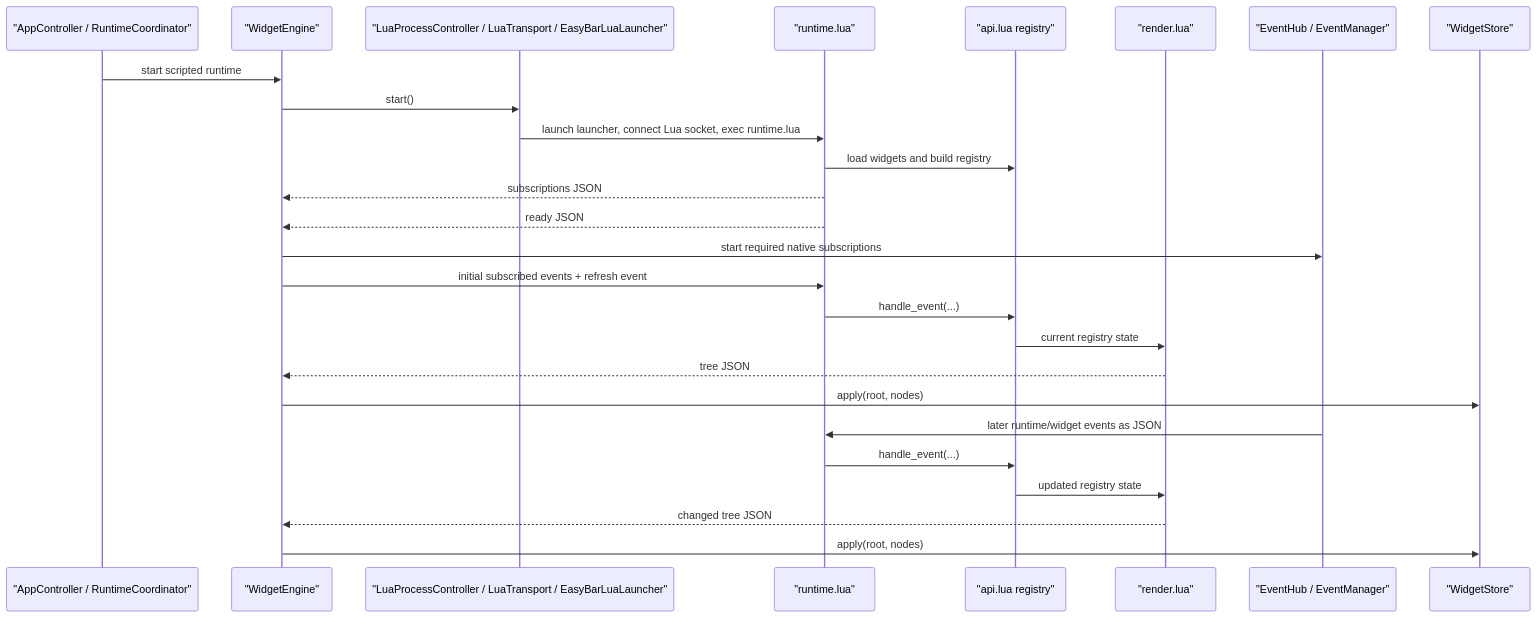
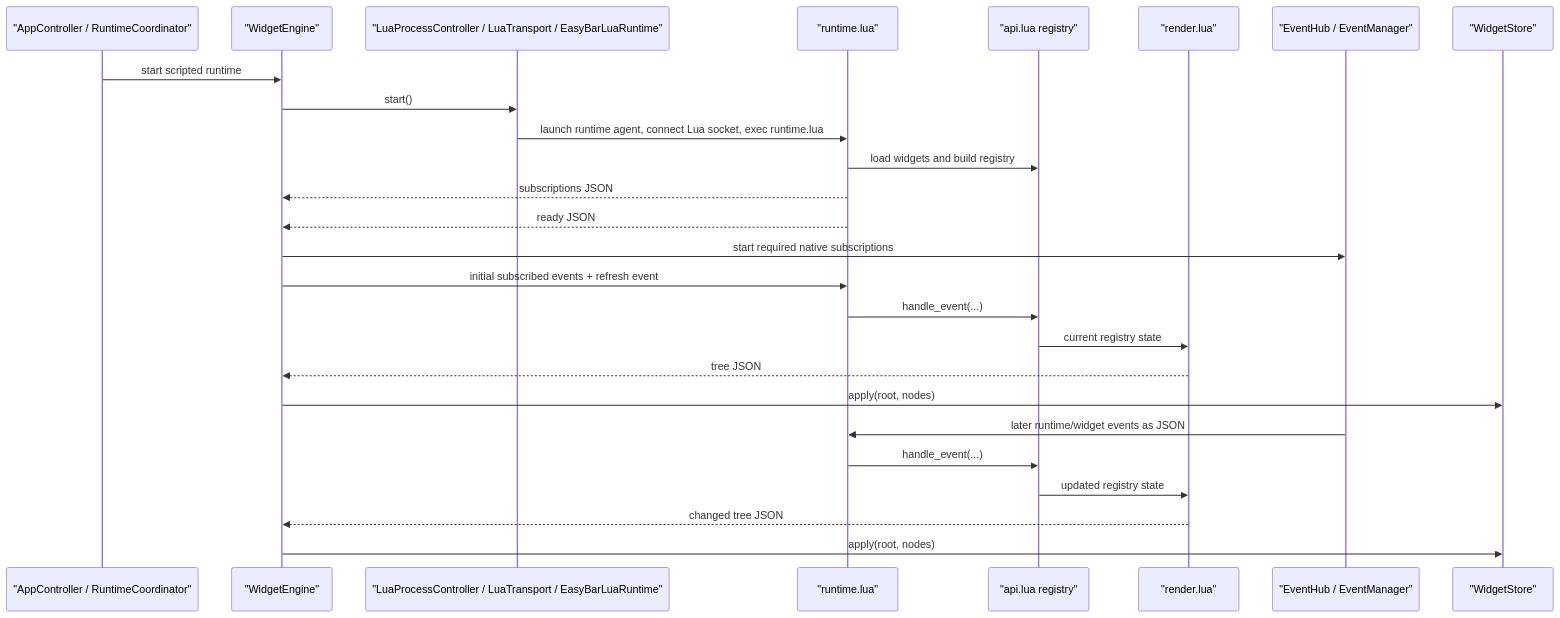
One commit to gi8lino/easybar changed the diagram in docs/LUA_RUNTIME.md. Above: the diagram before and after it, drawn with Mermaid. The commit also changed other lines of this file and 6 other files, not shown here.

Commit message:
refactor(lua): rename launcher to runtime

````diff
--- a/docs/LUA_RUNTIME.md
+++ b/docs/LUA_RUNTIME.md
@@ -35,29 +35,29 @@
 ```mermaid
 sequenceDiagram
     participant App as "AppController / RuntimeCoordinator"
     participant Engine as "WidgetEngine"
-    participant Proc as "LuaProcessController / LuaTransport / EasyBarLuaLauncher"
+    participant Proc as "LuaProcessController / LuaTransport / EasyBarLuaRuntime"
     participant Lua as "runtime.lua"
     participant API as "api.lua registry"
     participant Render as "render.lua"
     participant Events as "EventHub / EventManager"
     participant Store as "WidgetStore"
 
     App->>Engine: start scripted runtime
     Engine->>Proc: start()
-    Proc->>Lua: launch launcher, connect Lua socket, exec runtime.lua
+    Proc->>Lua: launch runtime agent, connect Lua socket, exec runtime.lua
     Lua->>API: load widgets and build registry
     Lua-->>Engine: subscriptions JSON
     Lua-->>Engine: ready JSON
     Engine->>Events: start required native subscriptions
     Engine->>Lua: initial subscribed events + refresh event
     Lua->>API: handle_event(...)
     API->>Render: current registry state
     Render-->>Engine: tree JSON
     Engine->>Store: apply(root, nodes)
     Events->>Lua: later runtime/widget events as JSON
     Lua->>API: handle_event(...)
     API->>Render: updated registry state
     Render-->>Engine: changed tree JSON
     Engine->>Store: apply(root, nodes)
 ```
````
